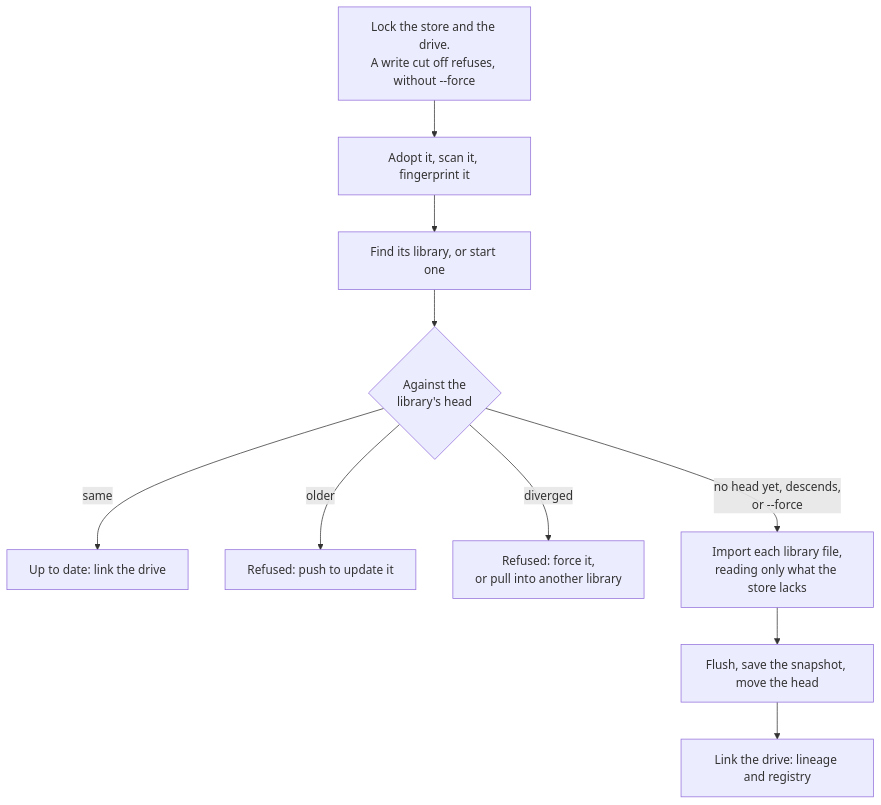
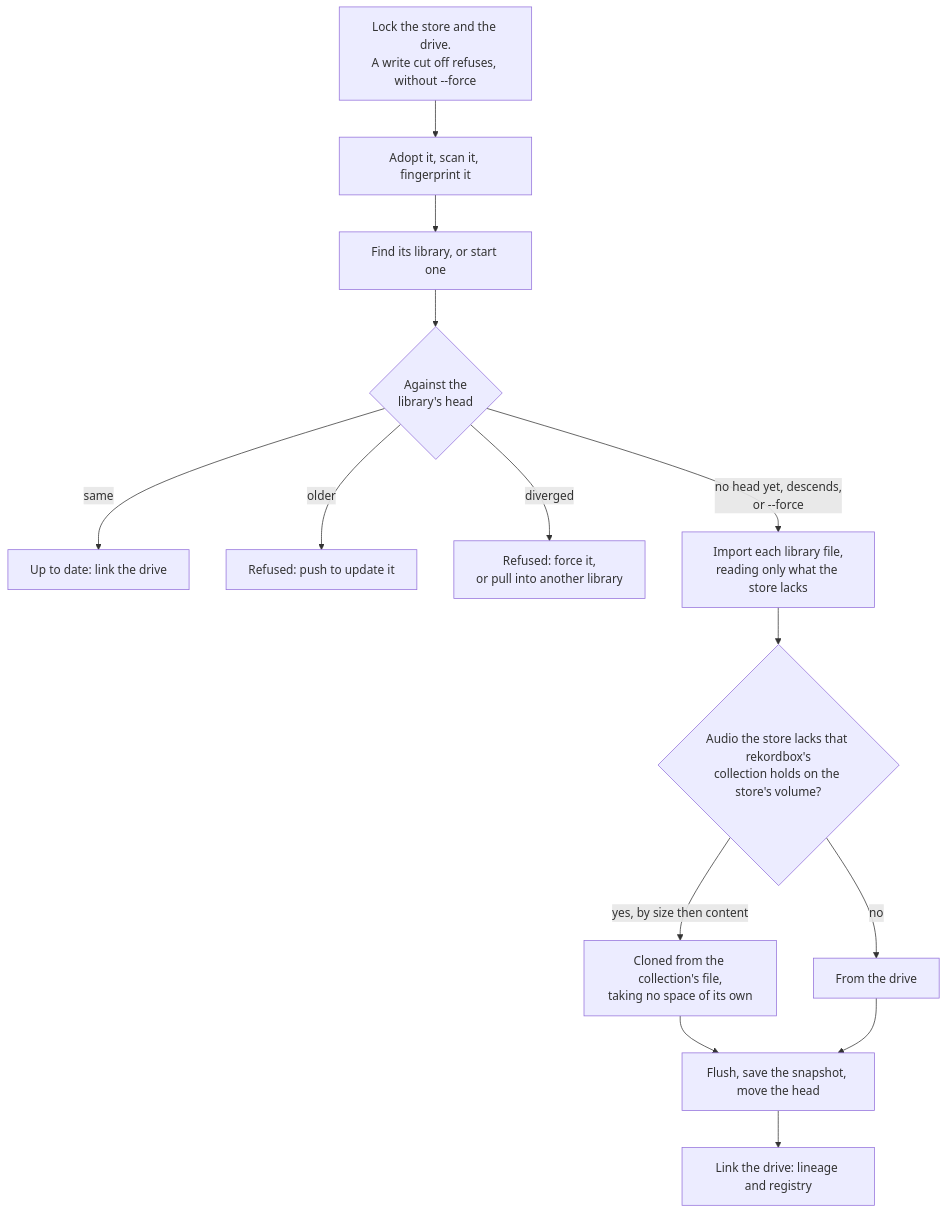
The fifth of 18 diagrams in apps/locallibrary/docs/diagrams/store-and-drives.md (cutenode/localnetwork), drawn with Mermaid before and after one commit. The commit also changed other lines of this file and 6 other files, not shown here.

First line of the commit message:
docs(locallibrary): bring the diagrams up to date with the code

````diff
--- a/apps/locallibrary/docs/diagrams/store-and-drives.md
+++ b/apps/locallibrary/docs/diagrams/store-and-drives.md
@@ -127,12 +132,16 @@
 ```mermaid
 flowchart TD
     locks["Lock the store and the drive.<br/>A write cut off refuses, without --force"] --> scan["Adopt it, scan it, fingerprint it"]
     scan --> library["Find its library, or start one"]
     library --> head{"Against the<br/>library's head"}
     head -->|same| linked["Up to date: link the drive"]
     head -->|"older"| older["Refused: push to update it"]
     head -->|"diverged"| diverged["Refused: force it,<br/>or pull into another library"]
     head -->|"no head yet, descends,<br/>or --force"| import["Import each library file,<br/>reading only what the store lacks"]
-    import --> save["Flush, save the snapshot, move the head"]
+    import --> twin{"Audio the store lacks that rekordbox's<br/>collection holds on the store's volume?"}
+    twin -->|"yes, by size then content"| clone["Cloned from the collection's file,<br/>taking no space of its own"]
+    twin -->|no| copied["From the drive"]
+    clone --> save["Flush, save the snapshot, move the head"]
+    copied --> save
     save --> link["Link the drive: lineage and registry"]
 ```
````
